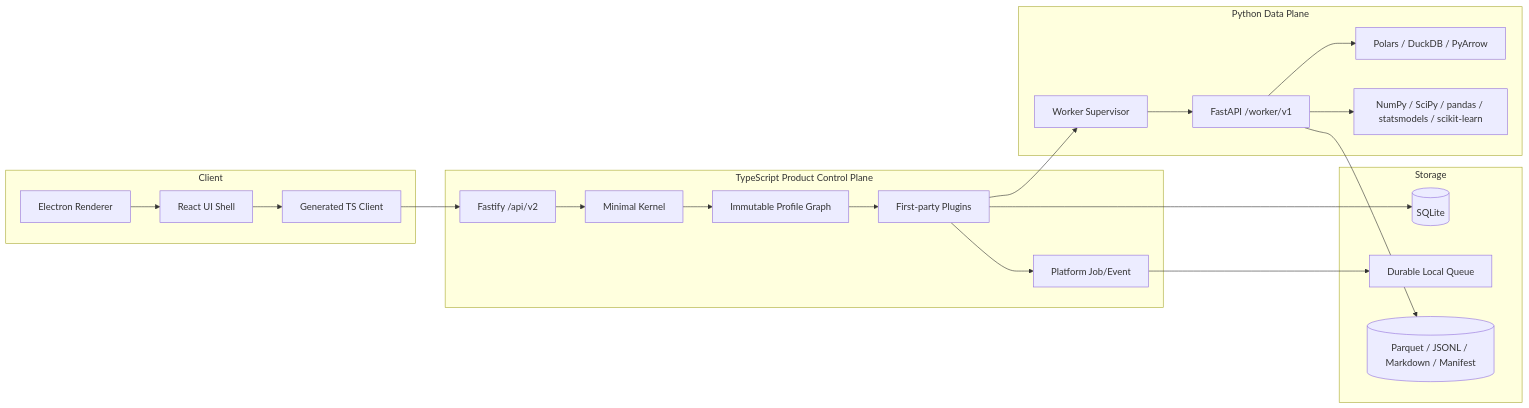
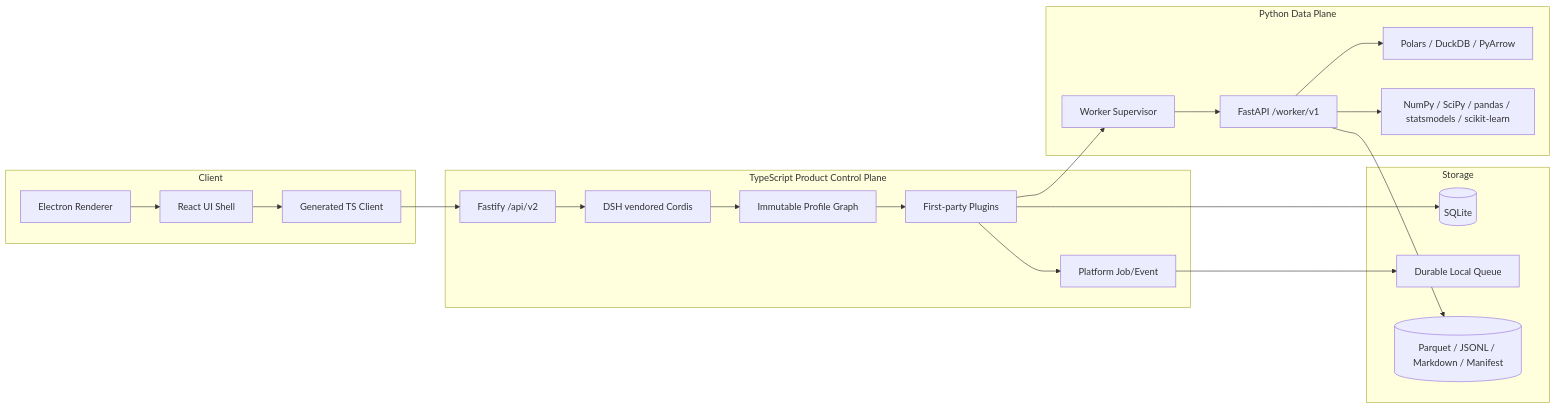
The diagram in docs/architecture.md (yogasamadhi/zhiyu), drawn with Mermaid before and after one commit. The commit also changed other lines of this file and 320 other files, not shown here.

First line of the commit message:
refactor: adopt DSH vendored Cordis plugin runtime

````diff
--- a/docs/architecture.md
+++ b/docs/architecture.md
@@ -7,41 +7,41 @@
 ```mermaid
 flowchart LR
   subgraph Client
     Renderer[Electron Renderer]
     UI[React UI Shell]
     SDK[Generated TS Client]
     Renderer --> UI
     UI --> SDK
   end
 
   subgraph Control[TypeScript Product Control Plane]
     Gateway[Fastify /api/v2]
-    Kernel[Minimal Kernel]
+    Cordis[DSH vendored Cordis]
     Graph[Immutable Profile Graph]
     Plugins[First-party Plugins]
     Jobs[Platform Job/Event]
-    Gateway --> Kernel --> Graph --> Plugins
+    Gateway --> Cordis --> Graph --> Plugins
     Plugins --> Jobs
   end
 
   subgraph Data[Python Data Plane]
     Supervisor[Worker Supervisor]
     Worker[FastAPI /worker/v1]
     Engine[Polars / DuckDB / PyArrow]
     Science[NumPy / SciPy / pandas / statsmodels / scikit-learn]
     Supervisor --> Worker --> Engine
     Worker --> Science
   end
 
   subgraph Storage
     SQL[(SQLite)]
     Queue[Durable Local Queue]
     Artifacts[(Parquet / JSONL / Markdown / Manifest)]
   end
 
   SDK --> Gateway
   Plugins --> SQL
   Jobs --> Queue
   Plugins --> Supervisor
   Worker --> Artifacts
 ```
````
